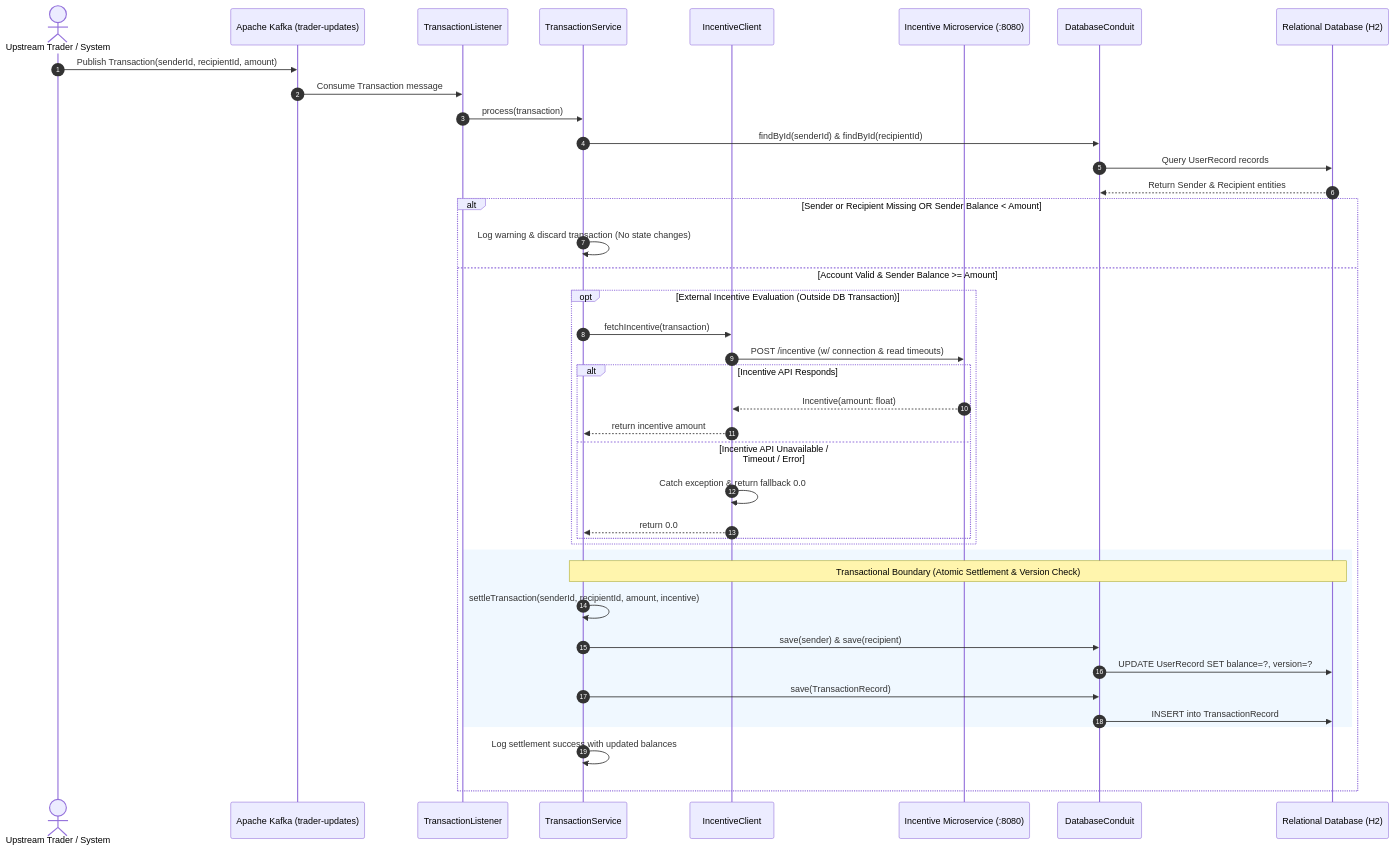
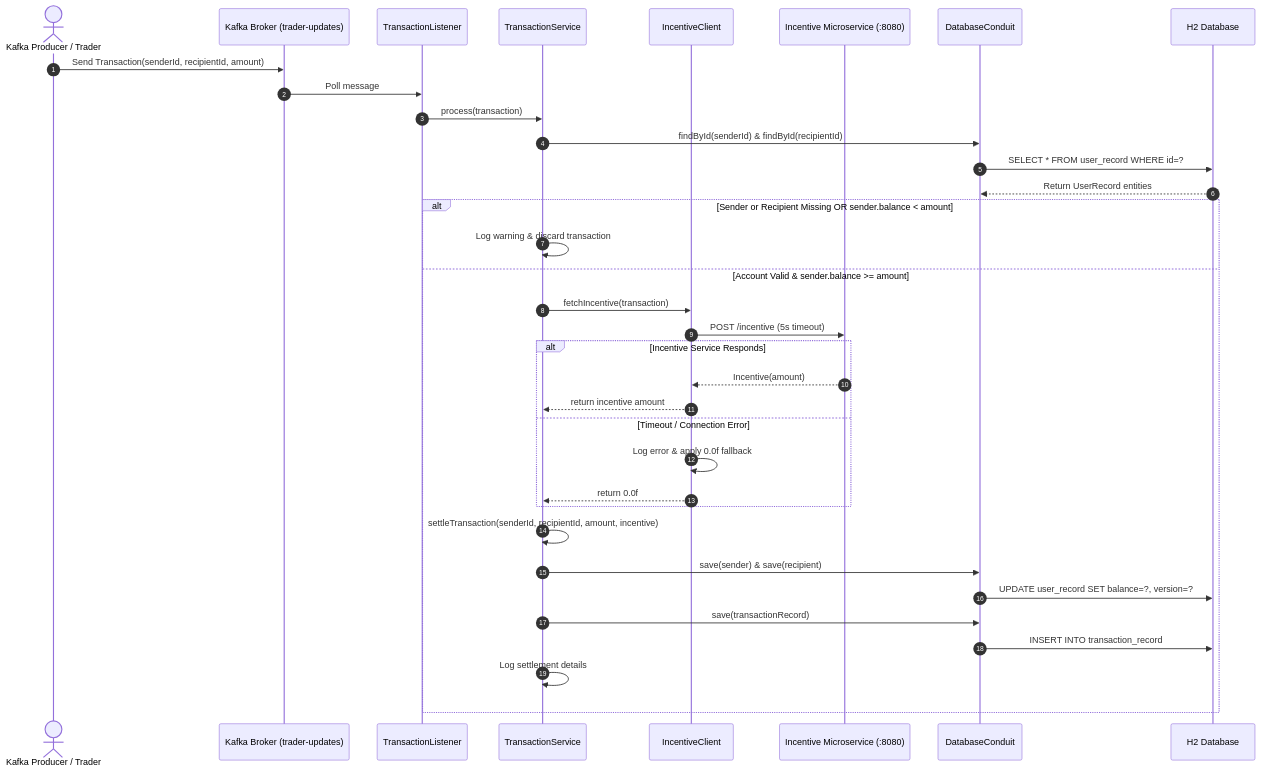
Before and after one commit to adil-r120/MidasCore-Real-Time-Financial-Transaction-Processing-System: the third of 3 diagrams in README.md, drawn with Mermaid. The commit also changed other lines of this file, not shown here.

Commit message:
docs: audit and correct technical claims, attribution, and architecture in README

````diff
--- a/README.md
+++ b/README.md
@@ -300,45 +338,40 @@
 ```mermaid
 sequenceDiagram
     autonumber
-    actor Trader as Upstream Trader / System
-    participant Kafka as Apache Kafka (trader-updates)
+    actor Producer as Kafka Producer / Trader
+    participant Broker as Kafka Broker (trader-updates)
     participant Listener as TransactionListener
     participant Service as TransactionService
     participant Client as IncentiveClient
     participant IncentiveAPI as Incentive Microservice (:8080)
     participant Conduit as DatabaseConduit
-    participant DB as Relational Database (H2)
+    participant DB as H2 Database
 
-    Trader->>Kafka: Publish Transaction(senderId, recipientId, amount)
-    Kafka->>Listener: Consume Transaction message
+    Producer->>Broker: Send Transaction(senderId, recipientId, amount)
+    Broker->>Listener: Poll message
     Listener->>Service: process(transaction)
     Service->>Conduit: findById(senderId) & findById(recipientId)
-    Conduit->>DB: Query UserRecord records
-    DB-->>Conduit: Return Sender & Recipient entities
+    Conduit->>DB: SELECT * FROM user_record WHERE id=?
+    DB-->>Conduit: Return UserRecord entities
 
-    alt Sender or Recipient Missing OR Sender Balance < Amount
-        Service->>Service: Log warning & discard transaction (No state changes)
-    else Account Valid & Sender Balance >= Amount
-        opt External Incentive Evaluation (Outside DB Transaction)
-            Service->>Client: fetchIncentive(transaction)
-            Client->>IncentiveAPI: POST /incentive (w/ connection & read timeouts)
-            alt Incentive API Responds
-                IncentiveAPI-->>Client: Incentive(amount: float)
-                Client-->>Service: return incentive amount
-            else Incentive API Unavailable / Timeout / Error
-                Client->>Client: Catch exception & return fallback 0.0
-                Client-->>Service: return 0.0
-            end
+    alt Sender or Recipient Missing OR sender.balance < amount
+        Service->>Service: Log warning & discard transaction
+    else Account Valid & sender.balance >= amount
+        Service->>Client: fetchIncentive(transaction)
+        Client->>IncentiveAPI: POST /incentive (5s timeout)
+        alt Incentive Service Responds
+            IncentiveAPI-->>Client: Incentive(amount)
+            Client-->>Service: return incentive amount
+        else Timeout / Connection Error
+            Client->>Client: Log error & apply 0.0f fallback
+            Client-->>Service: return 0.0f
         end
 
-        rect rgb(240, 248, 255)
-            note over Service,DB: Transactional Boundary (Atomic Settlement & Version Check)
-            Service->>Service: settleTransaction(senderId, recipientId, amount, incentive)
-            Service->>Conduit: save(sender) & save(recipient)
-            Conduit->>DB: UPDATE UserRecord SET balance=?, version=?
-            Service->>Conduit: save(TransactionRecord)
-            Conduit->>DB: INSERT into TransactionRecord
-        end
-        Service->>Service: Log settlement success with updated balances
+        Service->>Service: settleTransaction(senderId, recipientId, amount, incentive)
+        Service->>Conduit: save(sender) & save(recipient)
+        Conduit->>DB: UPDATE user_record SET balance=?, version=?
+        Service->>Conduit: save(transactionRecord)
+        Conduit->>DB: INSERT INTO transaction_record
+        Service->>Service: Log settlement details
     end
 ```
````
